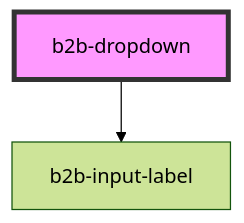
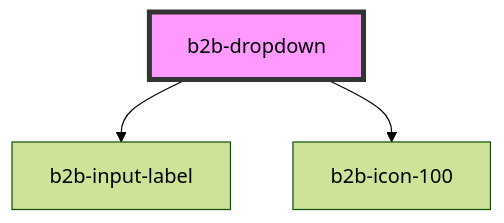
The diagram in packages/core-components/src/components/dropdown/readme.md (otto-de/b2b-design-system), drawn with Mermaid (forest theme) before and after one commit. The commit also changed other lines of this file and 5 other files, not shown here.

````diff
--- a/packages/core-components/src/components/dropdown/readme.md
+++ b/packages/core-components/src/components/dropdown/readme.md
@@ -52,5 +53,6 @@
 ```mermaid
 graph TD;
   b2b-dropdown --> b2b-input-label
+  b2b-dropdown --> b2b-icon-100
   style b2b-dropdown fill:#f9f,stroke:#333,stroke-width:4px
 ```
````
